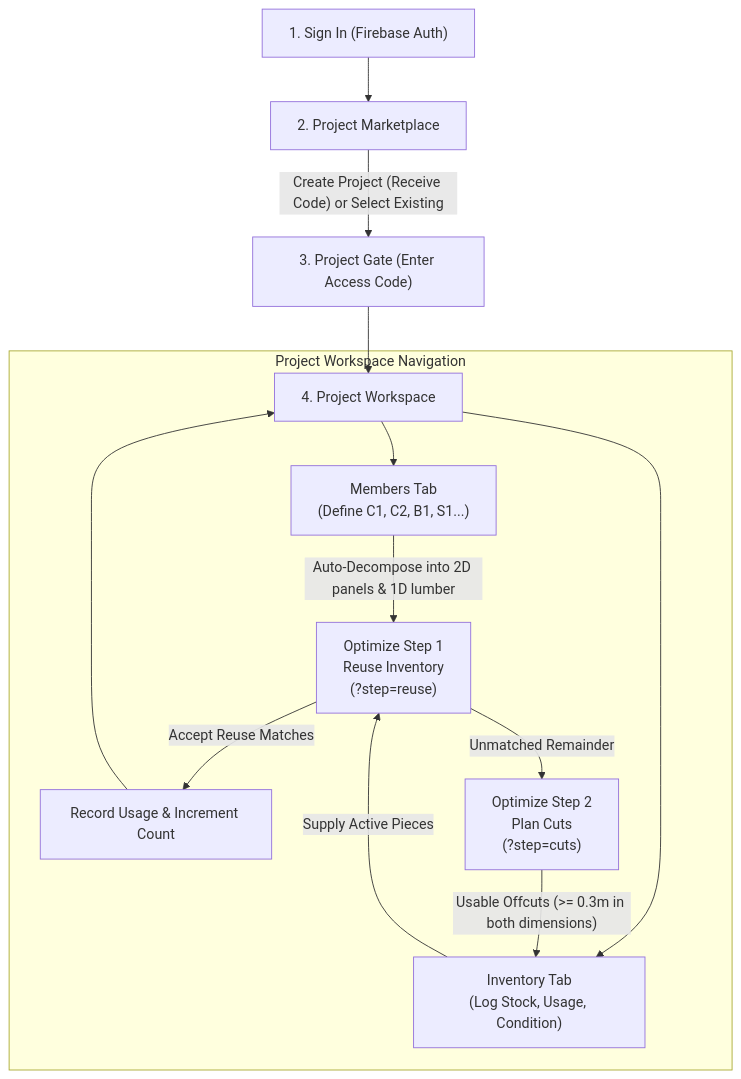
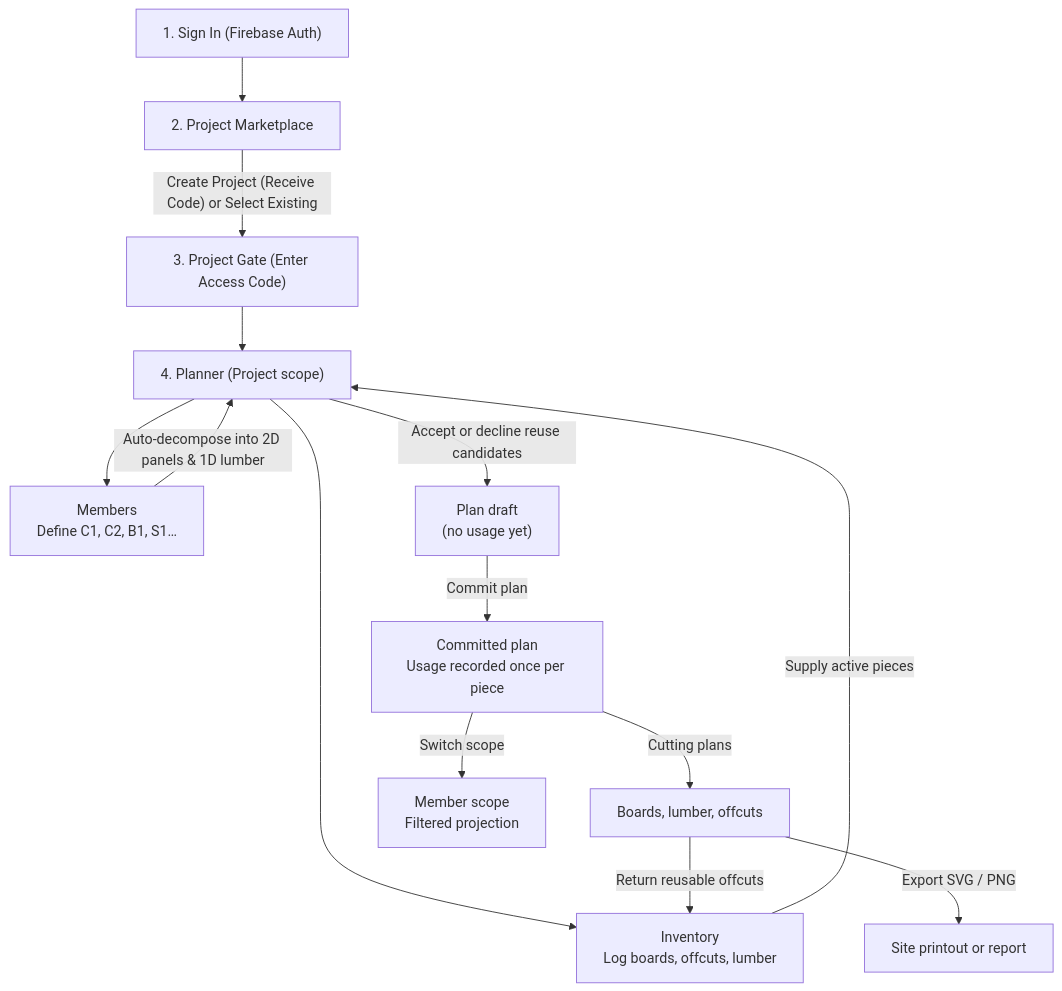
One commit to ejsadiarin/optimization-inventory-thesis changed the diagram in docs/user-flow.md. Above: the diagram before and after it, drawn with Mermaid. The commit also changed other lines of this file and 7 other files, not shown here.

First line of the commit message:
docs(planner): document the two-scope planner and verification

````diff
--- a/docs/user-flow.md
+++ b/docs/user-flow.md
@@ -11,20 +11,19 @@
 ```mermaid
 flowchart TD
     A["1. Sign In (Firebase Auth)"] --> B["2. Project Marketplace"]
     B -->|"Create Project (Receive Code) or Select Existing"| C["3. Project Gate (Enter Access Code)"]
-    C --> D["4. Project Workspace"]
+    C --> D["4. Planner (Project scope)"]
 
-    subgraph "Project Workspace Navigation"
-        D --> M["Members Tab\n(Define C1, C2, B1, S1...)"]
-        M -->|"Auto-Decompose into 2D panels & 1D lumber"| OPT_M["Optimize Step 1\nReuse Inventory\n(?step=reuse)"]
-        
-        D --> INV["Inventory Tab\n(Log Stock, Usage, Condition)"]
-        INV -->|"Supply Active Pieces"| OPT_M
-        
-        OPT_M -->|"Accept Reuse Matches"| LOG["Record Usage & Increment Count"]
-        OPT_M -->|"Unmatched Remainder"| OPT_C["Optimize Step 2\nPlan Cuts\n(?step=cuts)"]
-        
-        OPT_C -->|"Usable Offcuts (>= 0.3m in both dimensions)"| INV
-        LOG --> D
-    end
+    D --> M["Members\nDefine C1, C2, B1, S1…"]
+    D --> INV["Inventory\nLog boards, offcuts, lumber"]
+    M -->|"Auto-decompose into 2D panels & 1D lumber"| D
+    INV -->|"Supply active pieces"| D
+
+    D -->|"Accept or decline reuse candidates"| DRAFT["Plan draft\n(no usage yet)"]
+    DRAFT -->|"Commit plan"| COMMIT["Committed plan\nUsage recorded once per piece"]
+    COMMIT -->|"Cutting plans"| CUTS["Boards, lumber, offcuts"]
+    CUTS -->|"Return reusable offcuts"| INV
+    COMMIT -->|"Switch scope"| MEMBER["Member scope\nFiltered projection"]
+
+    CUTS -->|"Export SVG / PNG"| REPORT["Site printout or report"]
 ```
````
